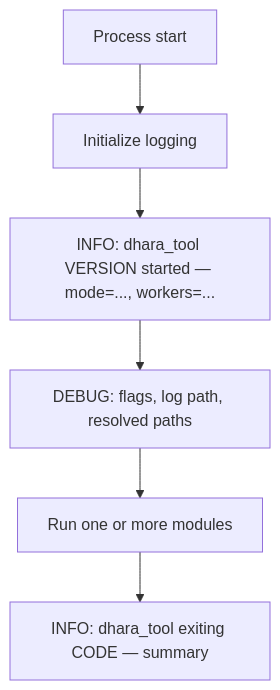
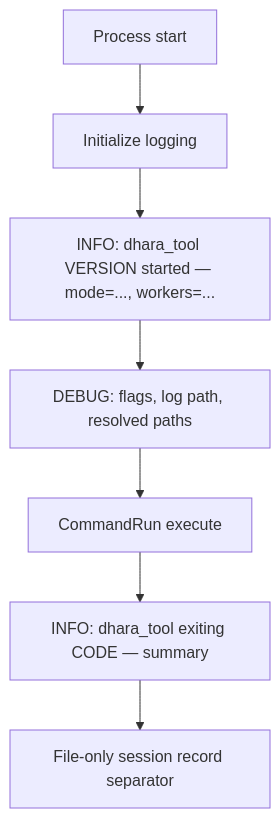
One commit to D-Naveenz/dhara_storage changed the second of 3 diagrams in docs/logging.md. Above: the diagram before and after it, drawn with Mermaid. The commit also changed other lines of this file and 21 other files, not shown here.

````diff
--- a/docs/logging.md
+++ b/docs/logging.md
@@ -76,8 +84,9 @@
 ```mermaid
 flowchart TD
   start[Process start] --> init[Initialize logging]
   init --> sessionOpen["INFO: dhara_tool VERSION started — mode=..., workers=..."]
   sessionOpen --> debugFlags["DEBUG: flags, log path, resolved paths"]
-  debugFlags --> modules[Run one or more modules]
-  modules --> sessionClose["INFO: dhara_tool exiting CODE — summary"]
+  debugFlags --> command[CommandRun execute]
+  command --> sessionClose["INFO: dhara_tool exiting CODE — summary"]
+  sessionClose --> record[File-only session record separator]
 ```
````
